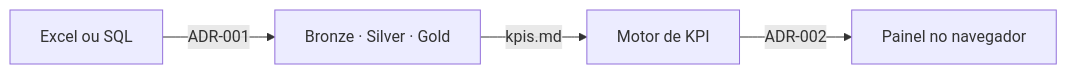
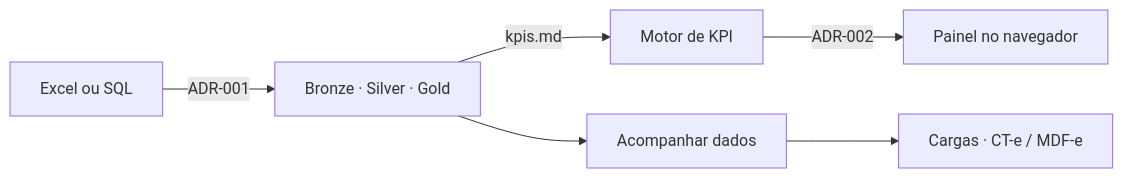
One commit to EnzoLMMacedo/logidash changed the diagram in docs/README.md. Above: the diagram before and after it, drawn with Mermaid. The commit also changed other lines of this file and 9 other files, not shown here.

````diff
--- a/docs/README.md
+++ b/docs/README.md
@@ -59,6 +71,8 @@
 ```mermaid
 flowchart LR
     A["Excel ou SQL"] -->|ADR-001| B["Bronze · Silver · Gold"]
     B -->|kpis.md| C["Motor de KPI"]
     C -->|ADR-002| D["Painel no navegador"]
+    B --> E["Acompanhar dados"]
+    E --> F["Cargas · CT-e / MDF-e"]
 ```
````
